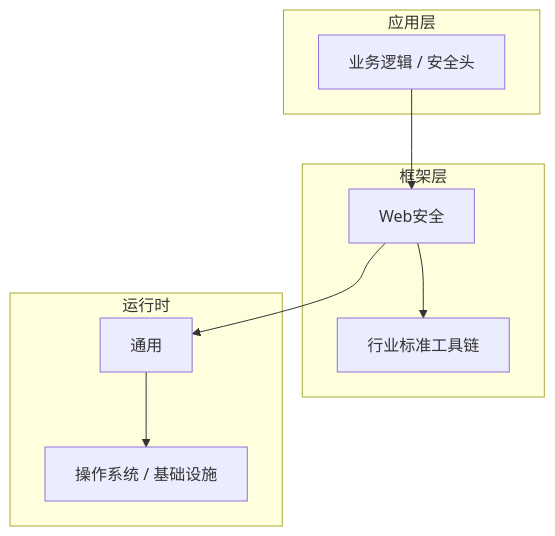
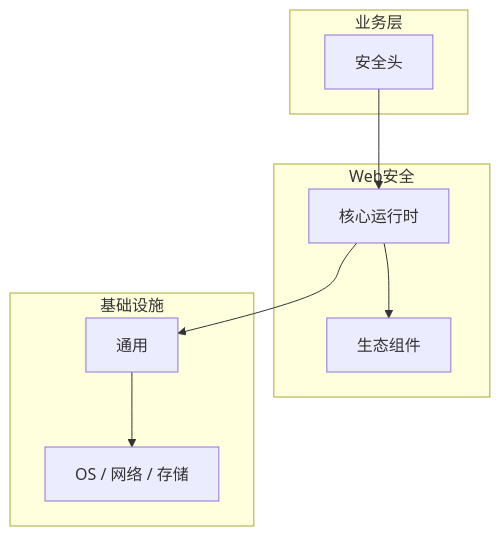
The diagram in articles/Web安全/chapters/096-安全头核心概念与原理.md (yanggan2015/knowledge-json-v2), drawn with Mermaid before and after one commit. The commit also changed other lines of this file and 10127 other files, not shown here.

````diff
--- a/articles/Web安全/chapters/096-安全头核心概念与原理.md
+++ b/articles/Web安全/chapters/096-安全头核心概念与原理.md
@@ -46,18 +31,18 @@
 ```mermaid
 graph TB
-    subgraph 应用层
-        A[业务逻辑 / 安全头]
+    subgraph 业务层
+        A[安全头]
     end
-    subgraph 框架层
-        B[Web安全]
-        C[行业标准工具链]
+    subgraph Web安全
+        B[核心运行时]
+        C[生态组件]
     end
-    subgraph 运行时
+    subgraph 基础设施
         D[通用]
-        E[操作系统 / 基础设施]
+        E[OS / 网络 / 存储]
     end
     A --> B
     B --> C
     B --> D
     D --> E
 ```
````
